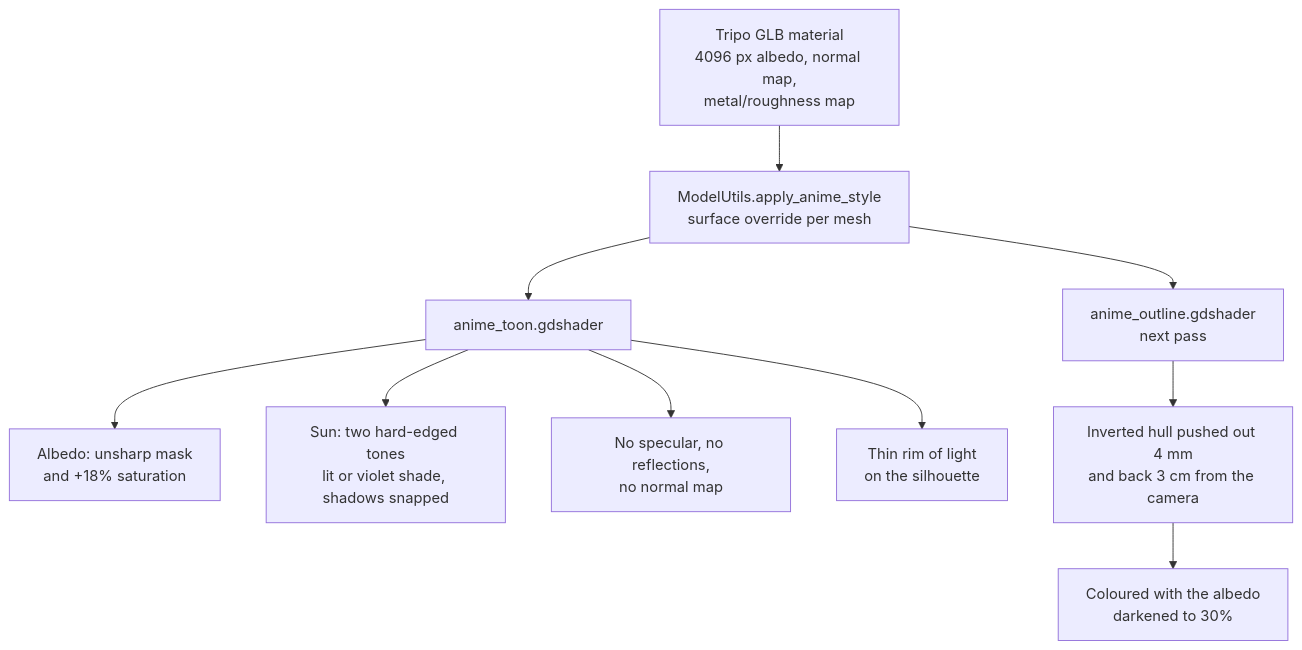
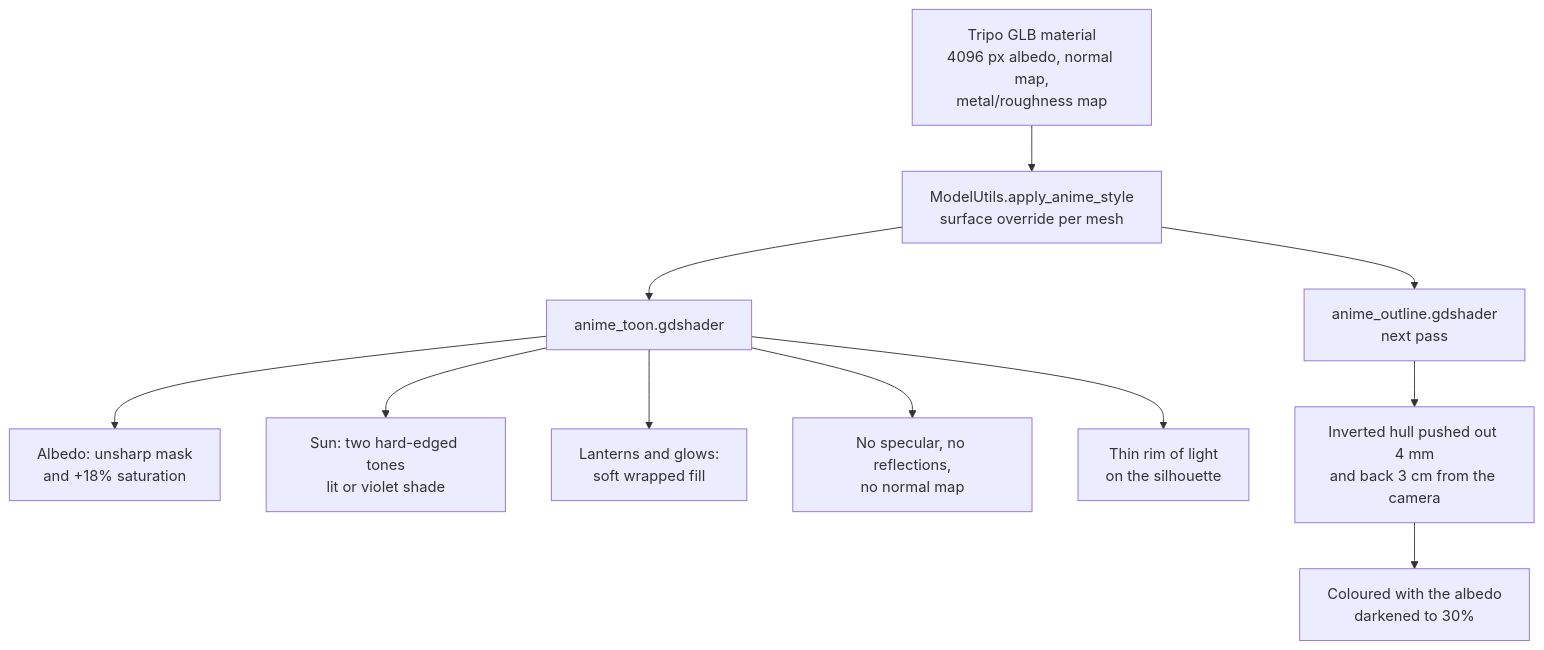
The tenth of 15 diagrams in docs/architecture.md (jgyy/trixian), drawn with Mermaid before and after one commit. The commit also changed other lines of this file and 2 other files, not shown here.

First line of the commit message:
Give lanterns soft wrapped light under the cel shader

````diff
--- a/docs/architecture.md
+++ b/docs/architecture.md
@@ -314,12 +314,13 @@
 ```mermaid
 flowchart TD
     glb["Tripo GLB material<br/>4096 px albedo, normal map,<br/>metal/roughness map"] --> apply["ModelUtils.apply_anime_style<br/>surface override per mesh"]
     apply --> toon["anime_toon.gdshader"]
     apply --> outline["anime_outline.gdshader<br/>next pass"]
     toon --> sharpen["Albedo: unsharp mask<br/>and +18% saturation"]
-    toon --> bands["Sun: two hard-edged tones<br/>lit or violet shade, shadows snapped"]
+    toon --> bands["Sun: two hard-edged tones<br/>lit or violet shade"]
+    toon --> lamps["Lanterns and glows:<br/>soft wrapped fill"]
     toon --> nospec["No specular, no reflections,<br/>no normal map"]
     toon --> rim["Thin rim of light<br/>on the silhouette"]
     outline --> hull["Inverted hull pushed out 4 mm<br/>and back 3 cm from the camera"]
     hull --> ink["Coloured with the albedo<br/>darkened to 30%"]
 ```
````
